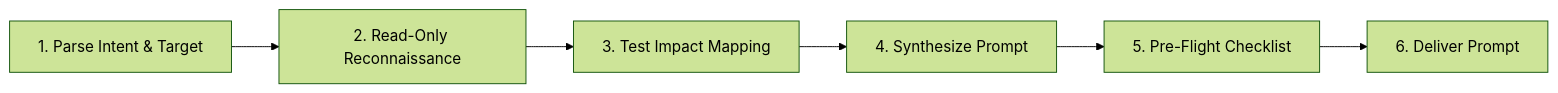
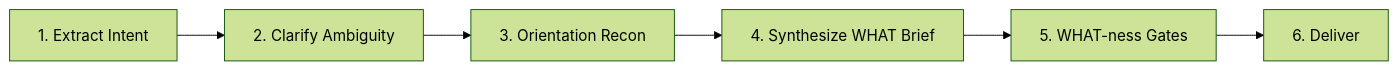
The diagram in prompting/create-prompt/SKILL.md (seclerp/skills), drawn with Mermaid (forest theme) before and after one commit. The commit also changed other lines of this file and 3 other files, not shown here.

First line of the commit message:
Reshape create-prompt into a WHAT-only brief generator

````diff
--- a/prompting/create-prompt/SKILL.md
+++ b/prompting/create-prompt/SKILL.md
@@ -52,8 +86,8 @@
 ```mermaid
 graph LR
-    P[1. Parse Intent & Target] --> R[2. Read-Only Reconnaissance]
-    R --> T[3. Test Impact Mapping]
-    T --> S[4. Synthesize Prompt]
-    S --> V[5. Pre-Flight Checklist]
-    V --> D[6. Deliver Prompt]
+    I[1. Extract Intent] --> C[2. Clarify Ambiguity]
+    C --> R[3. Orientation Recon]
+    R --> S[4. Synthesize WHAT Brief]
+    S --> V[5. WHAT-ness Gates]
+    V --> D[6. Deliver]
 ```
````
